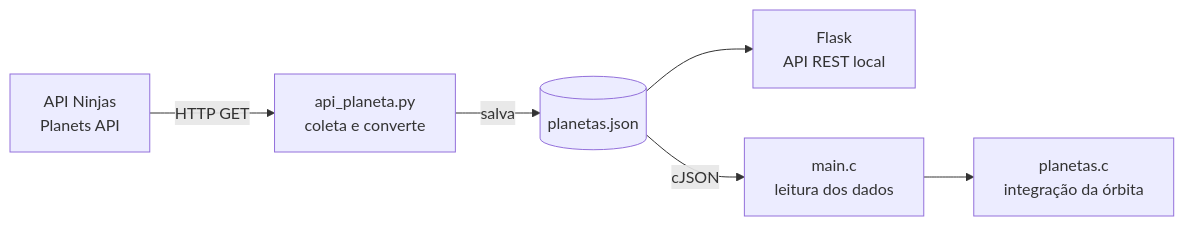
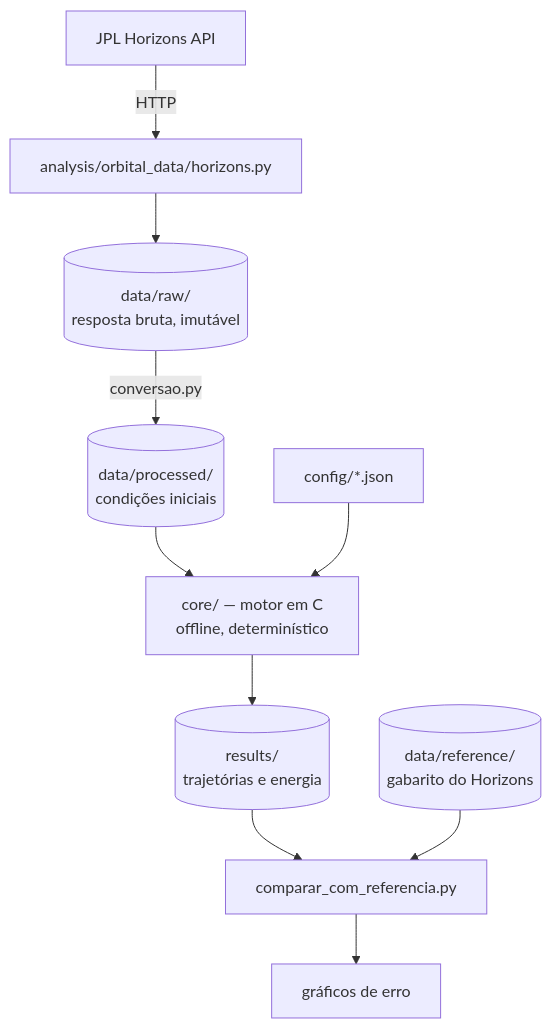
Before and after one commit to drenato-v/simulador-orbital: the diagram in README.md, drawn with Mermaid. The commit also changed other lines of this file and 41 other files, not shown here.

````diff
--- a/README.md
+++ b/README.md
@@ -23,8 +48,12 @@
 ```mermaid
-flowchart LR
-    A[API Ninjas<br/>Planets API] -->|HTTP GET| B[api_planeta.py<br/>coleta e converte]
-    B -->|salva| C[(planetas.json)]
-    C --> D[Flask<br/>API REST local]
-    C -->|cJSON| E[main.c<br/>leitura dos dados]
-    E --> F[planetas.c<br/>integração da órbita]
+flowchart TD
+    A[JPL Horizons API] -->|HTTP| B[analysis/orbital_data/horizons.py]
+    B --> C[(data/raw/<br/>resposta bruta, imutável)]
+    C -->|conversao.py| D[(data/processed/<br/>condições iniciais)]
+    D --> E[core/ — motor em C<br/>offline, determinístico]
+    F[config/*.json] --> E
+    E --> G[(results/<br/>trajetórias e energia)]
+    G --> H[comparar_com_referencia.py]
+    I[(data/reference/<br/>gabarito do Horizons)] --> H
+    H --> J[gráficos de erro]
 ```
````
